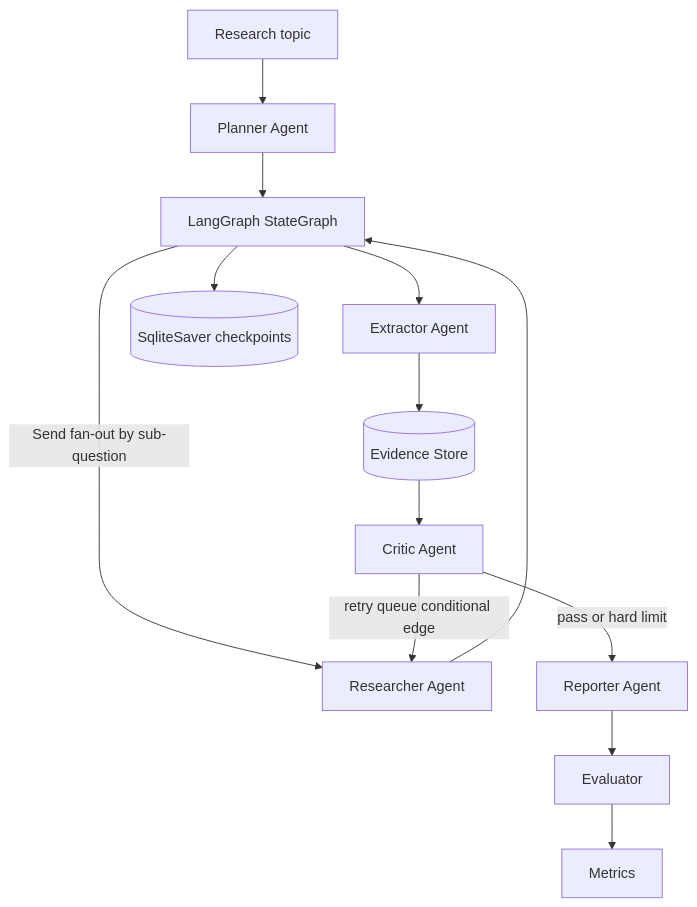
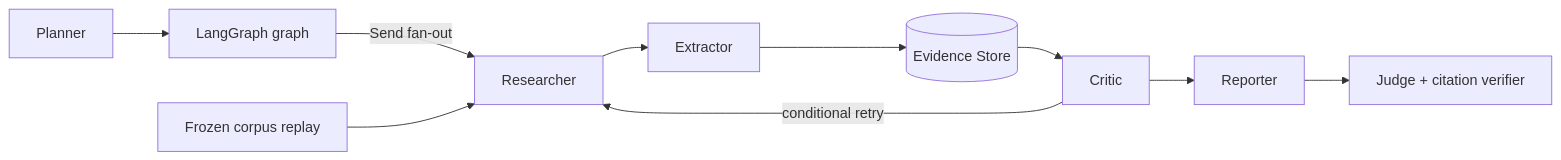
One commit to linqiaoyu/DeepResearchAgent changed the diagram in README.md. Above: the diagram before and after it, drawn with Mermaid. The commit also changed other lines of this file and 12 other files, not shown here.

````diff
--- a/README.md
+++ b/README.md
@@ -17,15 +20,9 @@
 ```mermaid
-flowchart TD
-    U[Research topic] --> P[Planner Agent]
-    P --> G[LangGraph StateGraph]
-    G -->|Send fan-out by sub-question| R[Researcher Agent]
-    R --> G
-    G --> X[Extractor Agent]
-    X --> E[(Evidence Store)]
-    E --> C[Critic Agent]
-    C -->|retry queue conditional edge| R
-    C -->|pass or hard limit| W[Reporter Agent]
-    W --> V[Evaluator]
-    V --> M[Metrics]
-    G --> S[(SqliteSaver checkpoints)]
+flowchart LR
+  P[Planner] --> G[LangGraph graph]
+  G -->|Send fan-out| R[Researcher]
+  R --> X[Extractor] --> E[(Evidence Store)] --> C[Critic]
+  C -->|conditional retry| R
+  C --> W[Reporter] --> J[Judge + citation verifier]
+  F[Frozen corpus replay] --> R
 ```
````
